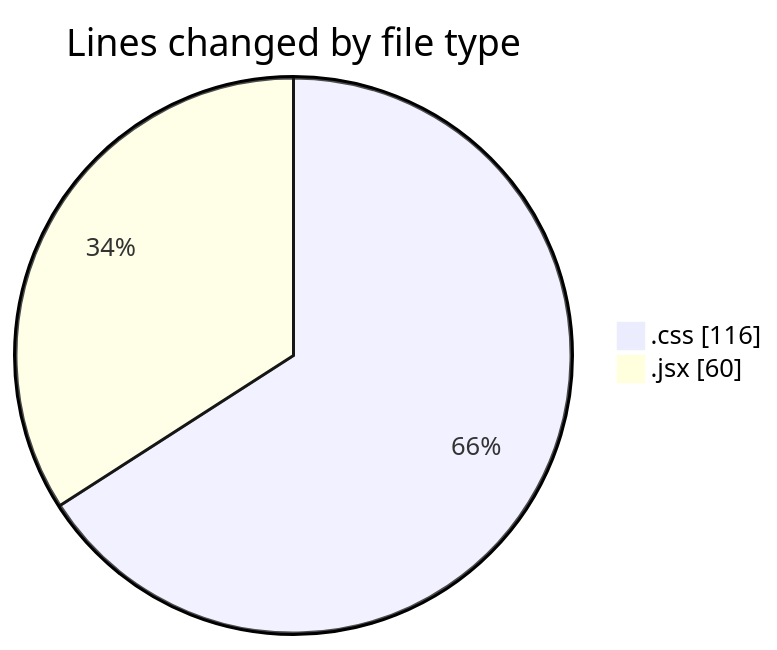
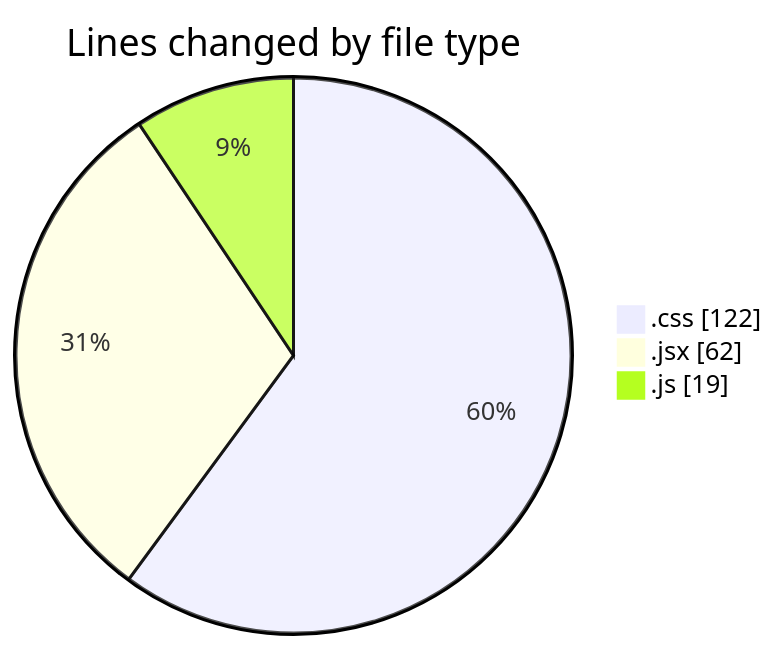
The first of 2 diagrams in 2025-01-31/react/README.md (Elitesun/code-tracking), drawn with Mermaid before and after one commit. The commit also changed other lines of this file and 1 other file, not shown here.

````diff
--- a/2025-01-31/react/README.md
+++ b/2025-01-31/react/README.md
@@ -24,6 +27,7 @@
 ```mermaid
 pie showData
 title Lines changed by file type
-".css" : 116
-".jsx" : 60
+".css" : 122
+".jsx" : 62
+".js" : 19
 ```
````
